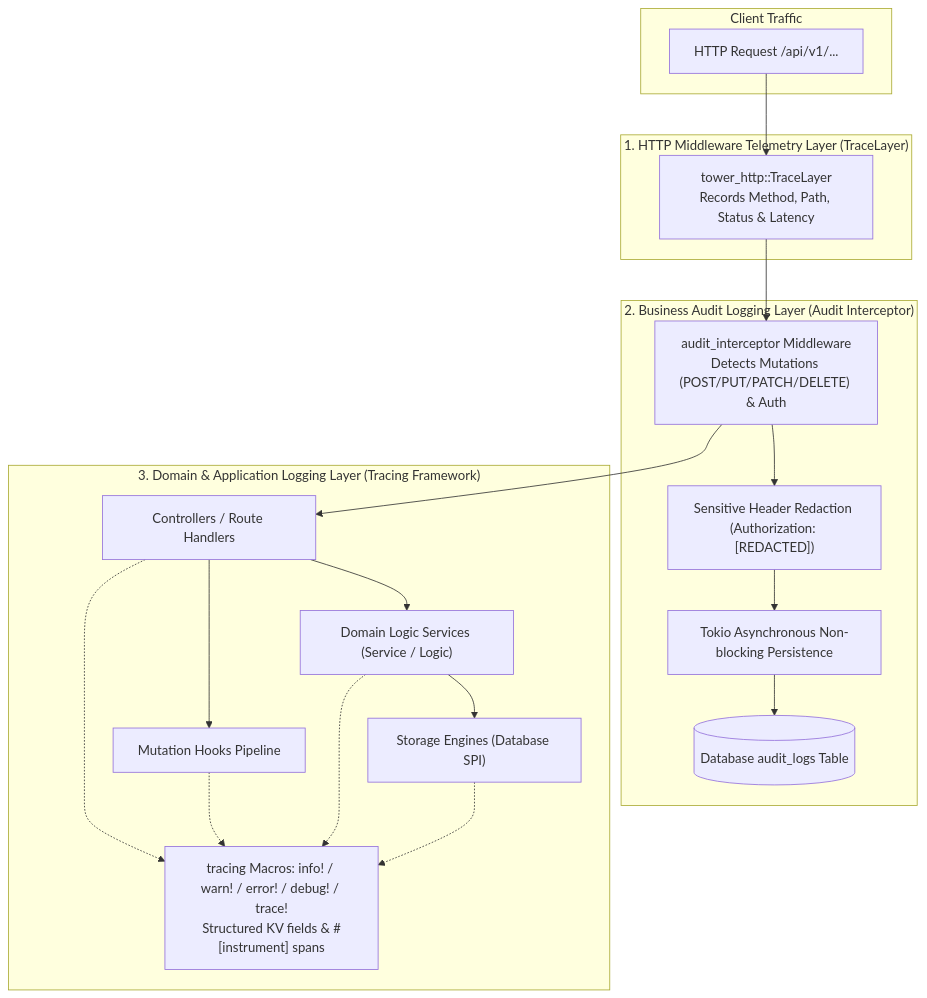
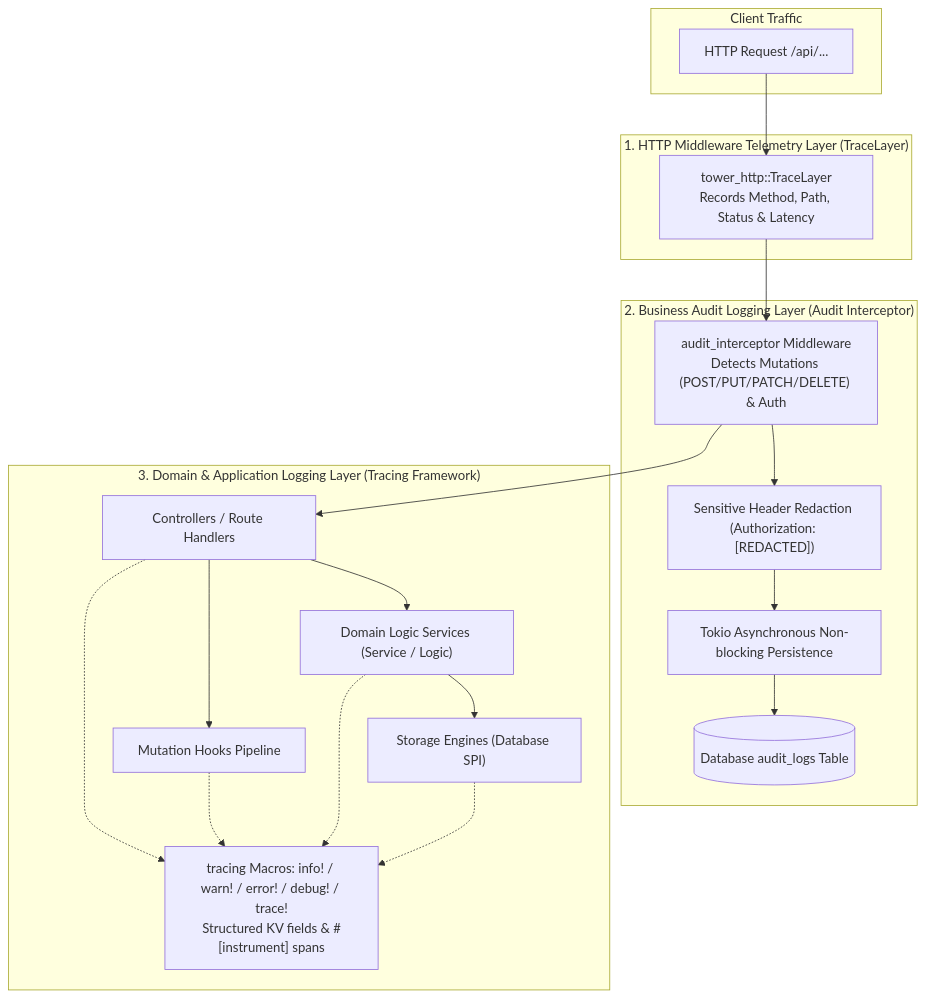
One commit to FoundKit/foundry changed the diagram in docs/src/content/docs/guides/logging.md. Above: the diagram before and after it, drawn with Mermaid. The commit also changed other lines of this file and 83 other files, not shown here.

````diff
--- a/docs/src/content/docs/guides/logging.md
+++ b/docs/src/content/docs/guides/logging.md
@@ -20,37 +20,37 @@
 ```mermaid
 flowchart TD
     subgraph Client["Client Traffic"]
-        Req["HTTP Request /api/v1/..."]
+        Req["HTTP Request /api/..."]
     end
 
     subgraph Layer1["1. HTTP Middleware Telemetry Layer (TraceLayer)"]
         TL["tower_http::TraceLayer\nRecords Method, Path, Status & Latency"]
     end
 
     subgraph Layer2["2. Business Audit Logging Layer (Audit Interceptor)"]
         AI["audit_interceptor Middleware\nDetects Mutations (POST/PUT/PATCH/DELETE) & Auth"]
         Redact["Sensitive Header Redaction (Authorization: [REDACTED])"]
         AsyncWrite["Tokio Asynchronous Non-blocking Persistence"]
         AuditTable[("Database audit_logs Table")]
         
         AI --> Redact --> AsyncWrite --> AuditTable
     end
 
     subgraph Layer3["3. Domain & Application Logging Layer (Tracing Framework)"]
         Controller["Controllers / Route Handlers"]
         Logic["Domain Logic Services (Service / Logic)"]
         Hooks["Mutation Hooks Pipeline"]
         Storage["Storage Engines (Database SPI)"]
         
         Controller --> Logic --> Storage
         Controller --> Hooks
         
         LogMacros["tracing Macros: info! / warn! / error! / debug! / trace!\nStructured KV fields & #[instrument] spans"]
         Controller -.-> LogMacros
         Logic -.-> LogMacros
         Hooks -.-> LogMacros
         Storage -.-> LogMacros
     end
 
     Req --> TL --> AI --> Controller
 ```
````
